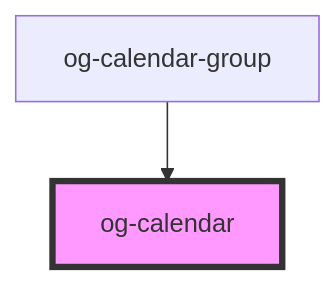
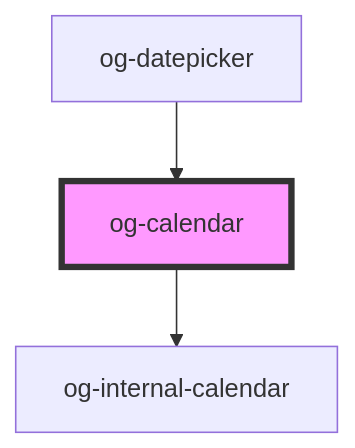
The diagram in src/components/og-calendar/readme.md (orgenic/orgenic-ui), drawn with Mermaid before and after one commit. The commit also changed other lines of this file and 15 other files, not shown here.

Commit message:
renamed og-calendar and og-calendar-group

````diff
--- a/src/components/og-calendar/readme.md
+++ b/src/components/og-calendar/readme.md
@@ -34,5 +41,6 @@
 ```mermaid
 graph TD;
-  og-calendar-group --> og-calendar
+  og-calendar --> og-internal-calendar
+  og-datepicker --> og-calendar
   style og-calendar fill:#f9f,stroke:#333,stroke-width:4px
 ```
````
